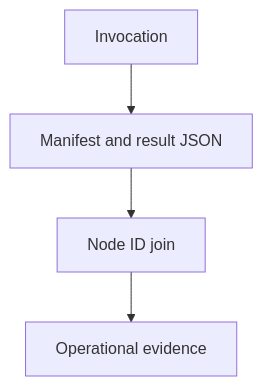
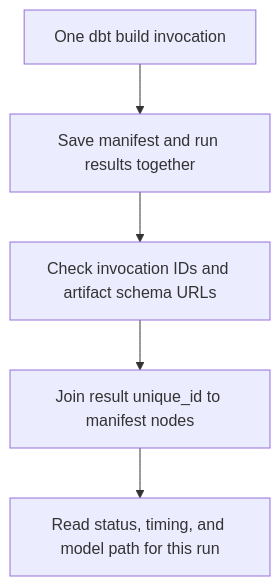
One commit to Rohit1024/dbt-learn changed the diagram in docs/lessons/0017-artifacts-and-run-evidence.md. Above: the diagram before and after it, drawn with Mermaid. The commit also changed other lines of this file and 4 other files, not shown here.

````diff
--- a/docs/lessons/0017-artifacts-and-run-evidence.md
+++ b/docs/lessons/0017-artifacts-and-run-evidence.md
@@ -7,8 +16,7 @@
 ```mermaid
 flowchart TD
-    A["Invocation"]
-    B["Manifest and result JSON"]
-    C["Node ID join"]
-    D["Operational evidence"]
-    A --> B --> C --> D
+    A["One dbt build invocation"] --> B["Save manifest and run results together"]
+    B --> C["Check invocation IDs and artifact schema URLs"]
+    C --> D["Join result unique_id to manifest nodes"]
+    D --> E["Read status, timing, and model path for this run"]
 ```
````
